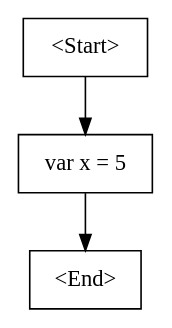
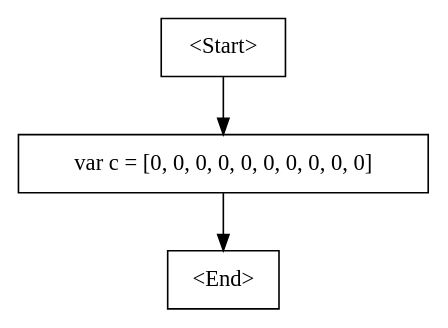
Before and after one commit to jayshiai/Cyclone: the diagram in cfg.dot, drawn with Graphviz. The commit also changed 3 other files, not shown here.

```diff
--- a/cfg.dot
+++ b/cfg.dot
@@ -1,8 +1,8 @@
 digraph G {
     N0 [label = "<Start>" shape = box]
-    N1 [label = "var x = 5
+    N1 [label = "var c = [0, 0, 0, 0, 0, 0, 0, 0, 0, 0]
 " shape = box]
     N2 [label = "<End>" shape = box]
     N0 -> N1 [label = ""]
     N1 -> N2 [label = ""]
 }
```
